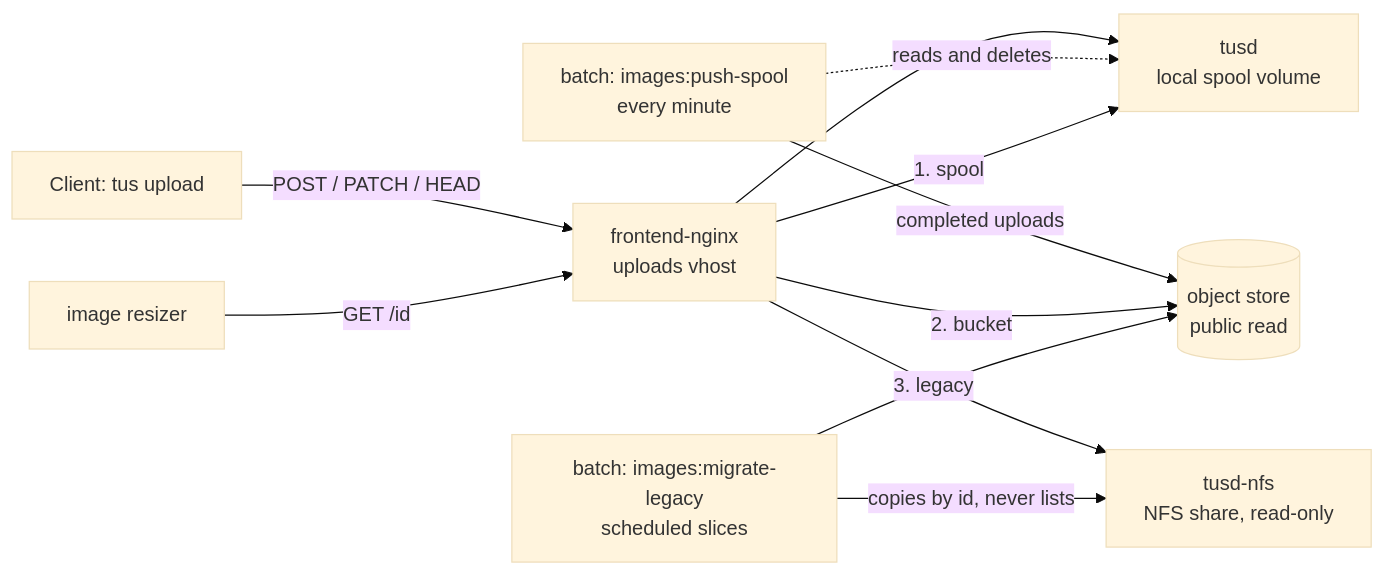
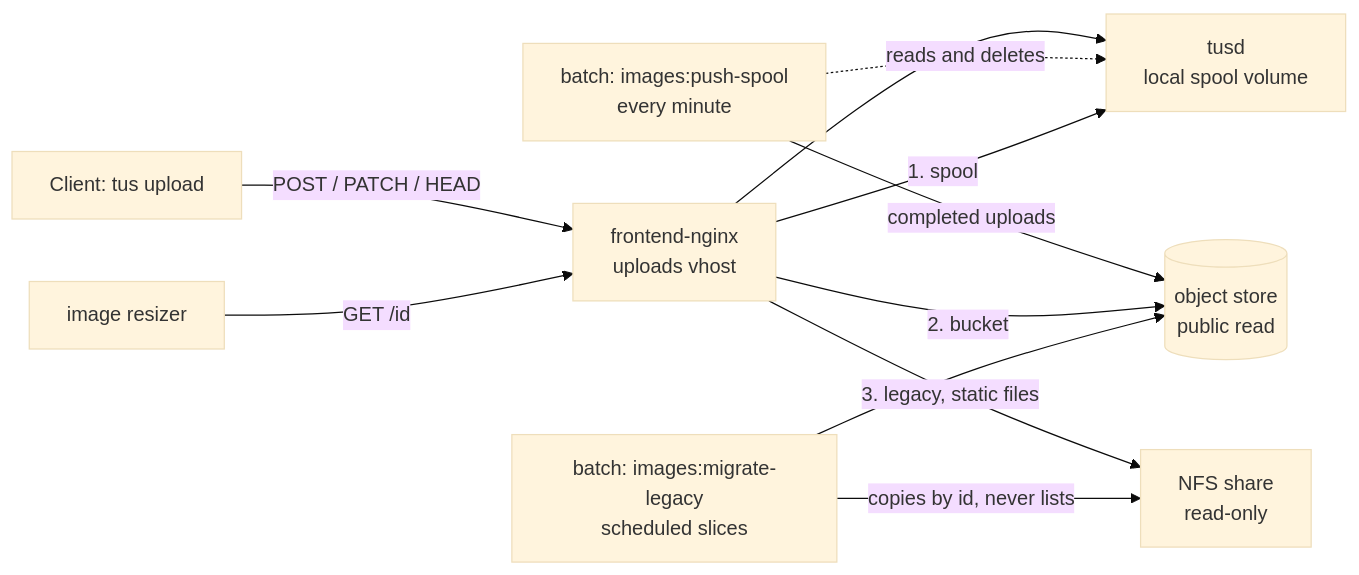
Before and after one commit to Freegle/Iznik: the diagram in docs/ops/runbooks/images-to-object-storage.md, drawn with Mermaid (base theme). The commit also changed other lines of this file and 9 other files, not shown here.

First line of the commit message:
Serve the legacy share from nginx, spool over tusd's own directory, RustFS for dev

````diff
--- a/docs/ops/runbooks/images-to-object-storage.md
+++ b/docs/ops/runbooks/images-to-object-storage.md
@@ -23,13 +23,13 @@
 ```mermaid
 flowchart LR
     C[Client: tus upload] -->|POST / PATCH / HEAD| N[frontend-nginx<br/>uploads vhost]
     N --> T[tusd<br/>local spool volume]
     P[batch: images:push-spool<br/>every minute] -->|completed uploads| B[(object store<br/>public read)]
     P -.reads and deletes.-> T
     W[image resizer] -->|GET /id| N
     N -->|1. spool| T
     N -->|2. bucket| B
-    N -->|3. legacy| L[tusd-nfs<br/>NFS share, read-only]
+    N -->|3. legacy, static files| L[NFS share<br/>read-only]
     M[batch: images:migrate-legacy<br/>scheduled slices] -->|copies by id, never lists| L
     M --> B
 ```
````
